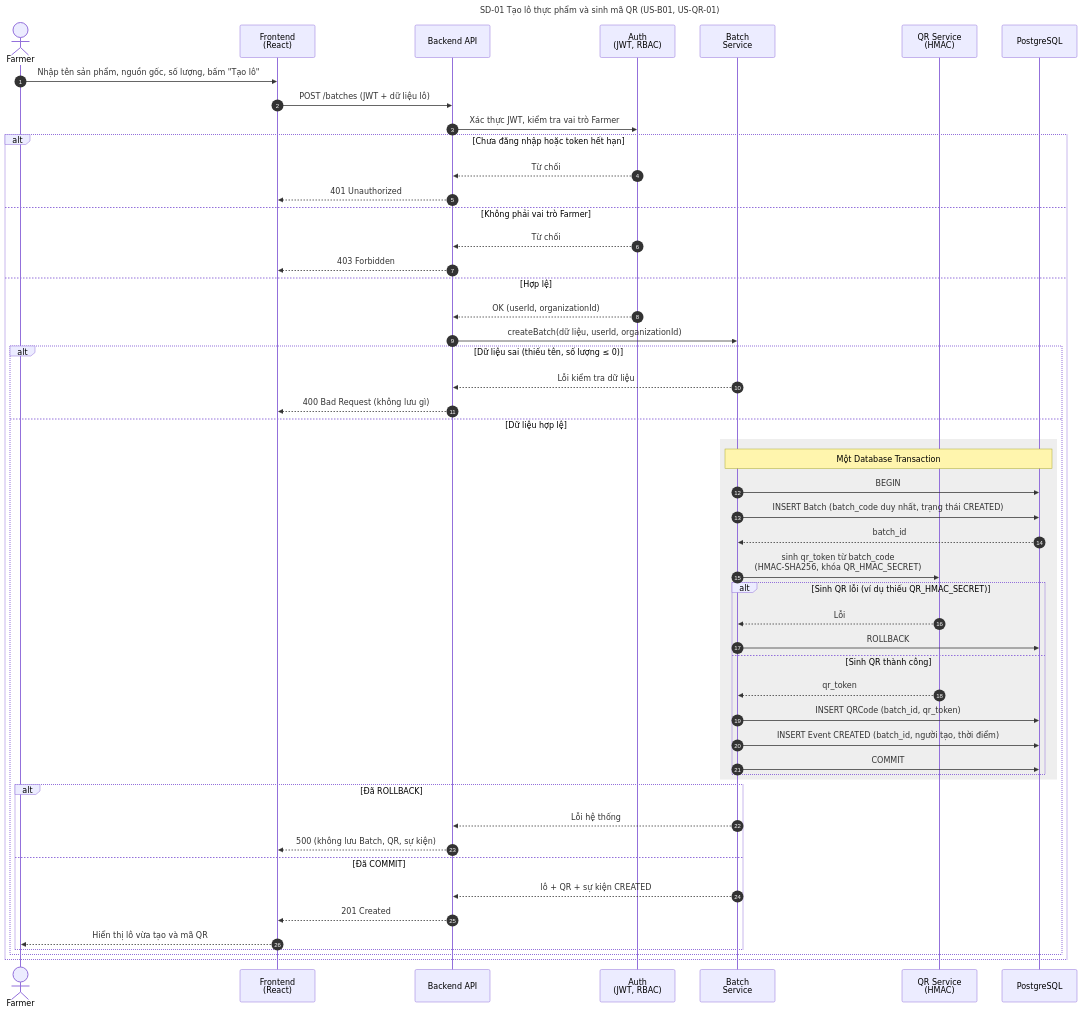
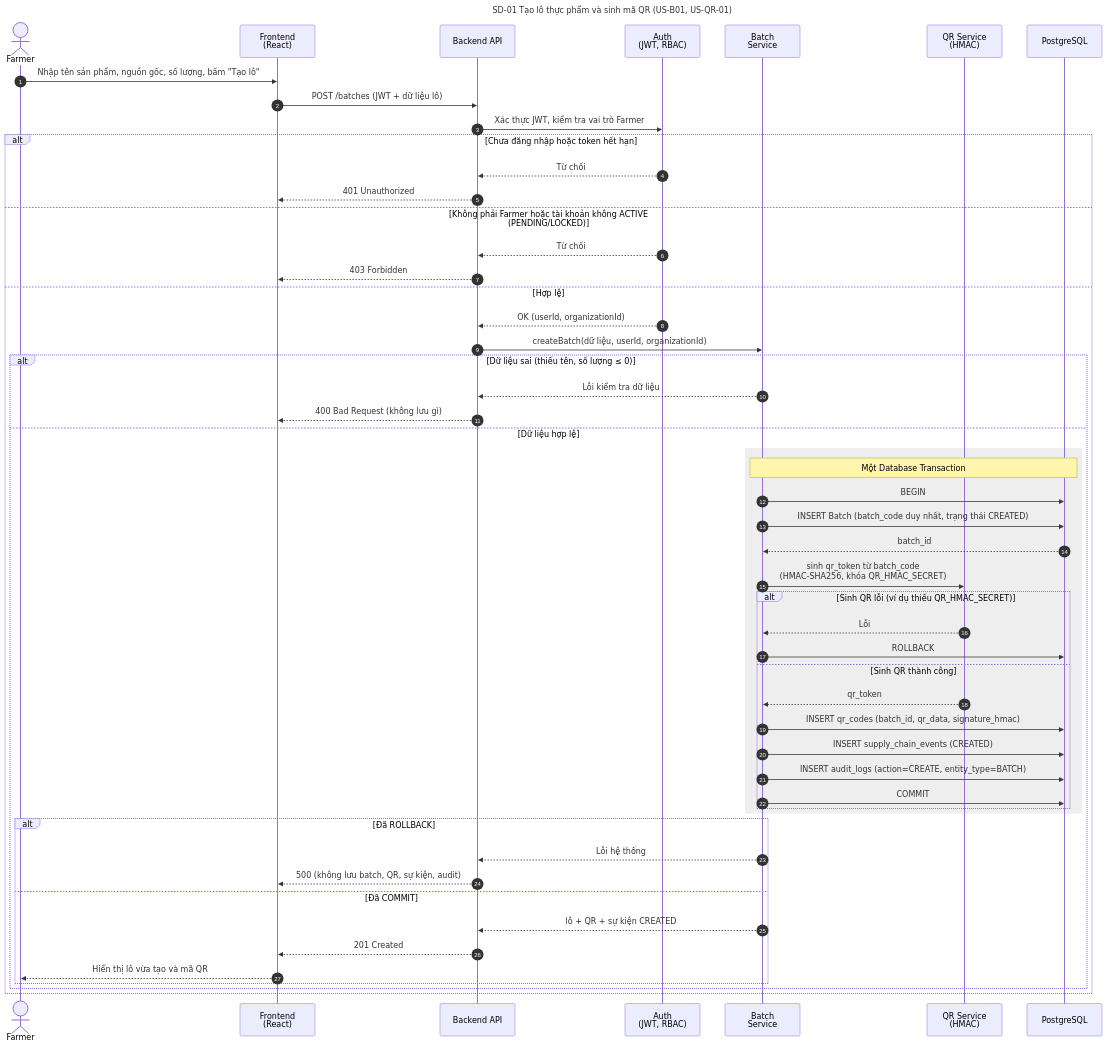
One commit to hbao06/food-supply-chain-traceability-portal changed the diagram in docs/UML/sequence/SD-01-tao-lo-sinh-qr.mmd. Above: the diagram before and after it, drawn with Mermaid. The commit also changed 5 other files, not shown here.

Commit message:
docs(test): address W3-TV4 sequence and test plan review

```diff
--- a/docs/UML/sequence/SD-01-tao-lo-sinh-qr.mmd
+++ b/docs/UML/sequence/SD-01-tao-lo-sinh-qr.mmd
@@ -1,55 +1,56 @@
 ---
 title: SD-01 Tạo lô thực phẩm và sinh mã QR (US-B01, US-QR-01)
 ---
 sequenceDiagram
     autonumber
     actor F as Farmer
     participant FE as Frontend<br/>(React)
     participant API as Backend API
     participant AU as Auth<br/>(JWT, RBAC)
     participant SV as Batch<br/>Service
     participant QR as QR Service<br/>(HMAC)
     participant DB as PostgreSQL
 
     F->>FE: Nhập tên sản phẩm, nguồn gốc, số lượng, bấm "Tạo lô"
     FE->>API: POST /batches (JWT + dữ liệu lô)
     API->>AU: Xác thực JWT, kiểm tra vai trò Farmer
     alt Chưa đăng nhập hoặc token hết hạn
         AU-->>API: Từ chối
         API-->>FE: 401 Unauthorized
-    else Không phải vai trò Farmer
+    else Không phải Farmer hoặc tài khoản không ACTIVE (PENDING/LOCKED)
         AU-->>API: Từ chối
         API-->>FE: 403 Forbidden
     else Hợp lệ
         AU-->>API: OK (userId, organizationId)
         API->>SV: createBatch(dữ liệu, userId, organizationId)
         alt Dữ liệu sai (thiếu tên, số lượng ≤ 0)
             SV-->>API: Lỗi kiểm tra dữ liệu
             API-->>FE: 400 Bad Request (không lưu gì)
         else Dữ liệu hợp lệ
             rect rgb(238, 238, 238)
             Note over SV,DB: Một Database Transaction
             SV->>DB: BEGIN
             SV->>DB: INSERT Batch (batch_code duy nhất, trạng thái CREATED)
             DB-->>SV: batch_id
             SV->>QR: sinh qr_token từ batch_code<br/>(HMAC-SHA256, khóa QR_HMAC_SECRET)
             alt Sinh QR lỗi (ví dụ thiếu QR_HMAC_SECRET)
                 QR-->>SV: Lỗi
                 SV->>DB: ROLLBACK
             else Sinh QR thành công
                 QR-->>SV: qr_token
-                SV->>DB: INSERT QRCode (batch_id, qr_token)
-                SV->>DB: INSERT Event CREATED (batch_id, người tạo, thời điểm)
+                SV->>DB: INSERT qr_codes (batch_id, qr_data, signature_hmac)
+                SV->>DB: INSERT supply_chain_events (CREATED)
+                SV->>DB: INSERT audit_logs (action=CREATE, entity_type=BATCH)
                 SV->>DB: COMMIT
             end
             end
             alt Đã ROLLBACK
                 SV-->>API: Lỗi hệ thống
-                API-->>FE: 500 (không lưu Batch, QR, sự kiện)
+                API-->>FE: 500 (không lưu batch, QR, sự kiện, audit)
             else Đã COMMIT
                 SV-->>API: lô + QR + sự kiện CREATED
                 API-->>FE: 201 Created
                 FE-->>F: Hiển thị lô vừa tạo và mã QR
             end
         end
     end
```
